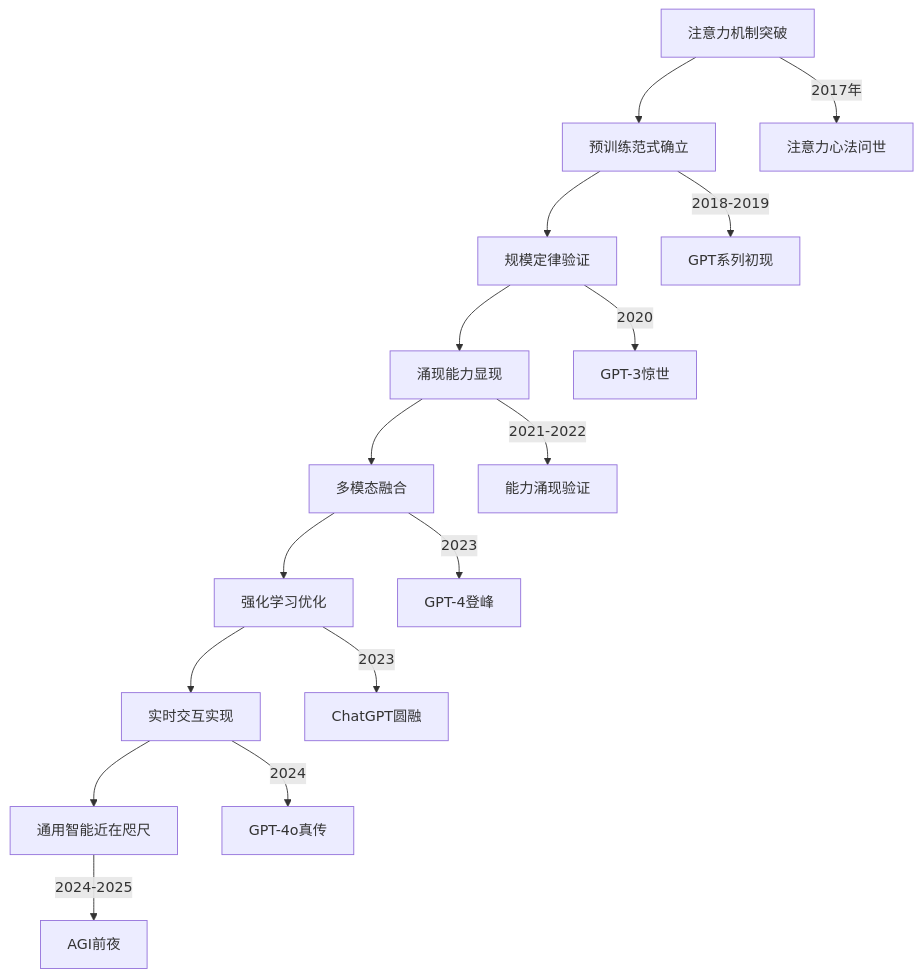
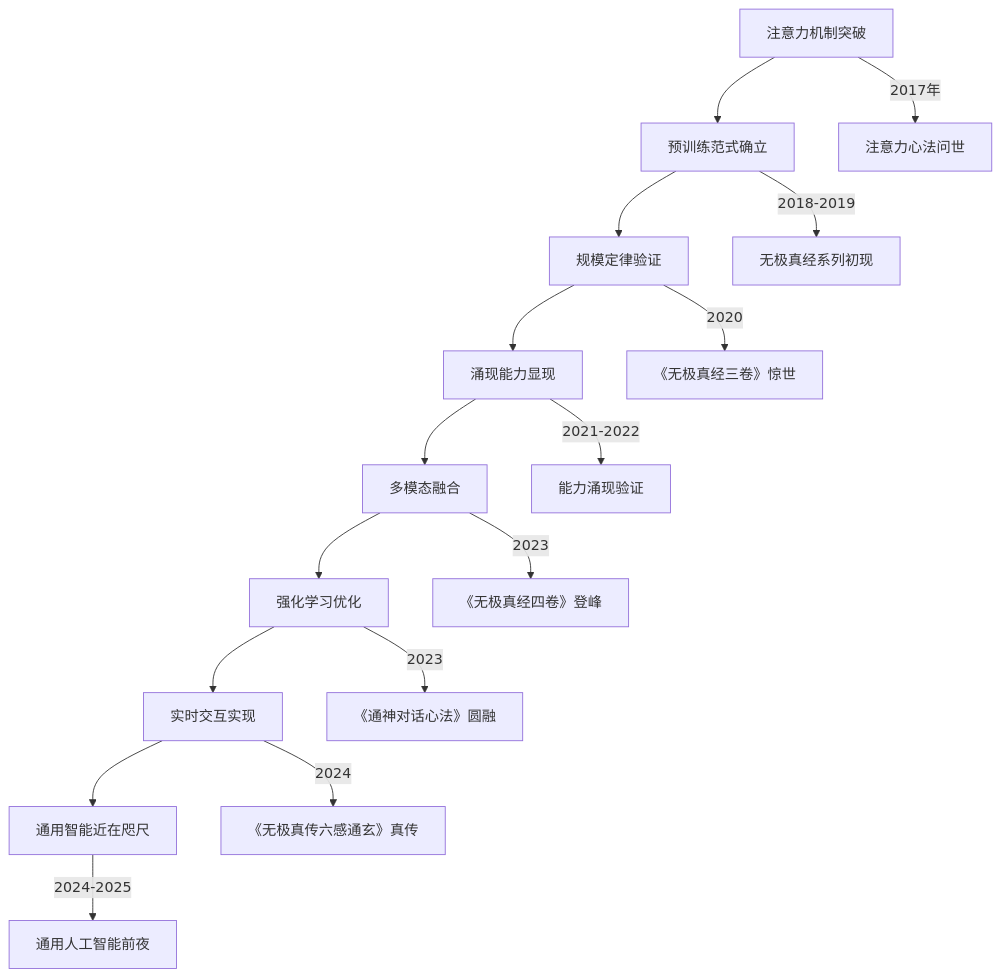
The diagram in drafts/世界观设定/功法境界.md (BinaryRisker/llm_wuxia), drawn with Mermaid before and after one commit. The commit also changed other lines of this file and 81 other files, not shown here.

````diff
--- a/drafts/世界观设定/功法境界.md
+++ b/drafts/世界观设定/功法境界.md
@@ -79,19 +79,19 @@
 ```mermaid
 graph TD
 A[注意力机制突破] --> B[预训练范式确立]
 B --> C[规模定律验证]
 C --> D[涌现能力显现]
 D --> E[多模态融合]
 E --> F[强化学习优化]
 F --> G[实时交互实现]
 G --> H[通用智能近在咫尺]
 
 A --> |2017年| I[注意力心法问世]
-B --> |2018-2019| J[GPT系列初现]
-C --> |2020| K[GPT-3惊世]
+B --> |2018-2019| J[无极真经系列初现]
+C --> |2020| K[《无极真经三卷》惊世]
 D --> |2021-2022| L[能力涌现验证]
-E --> |2023| M[GPT-4登峰]
-F --> |2023| N[ChatGPT圆融]
-G --> |2024| O[GPT-4o真传]
-H --> |2024-2025| P[AGI前夜]
+E --> |2023| M[《无极真经四卷》登峰]
+F --> |2023| N[《通神对话心法》圆融]
+G --> |2024| O[《无极真传六感通玄》真传]
+H --> |2024-2025| P[通用人工智能前夜]
 ```
````
